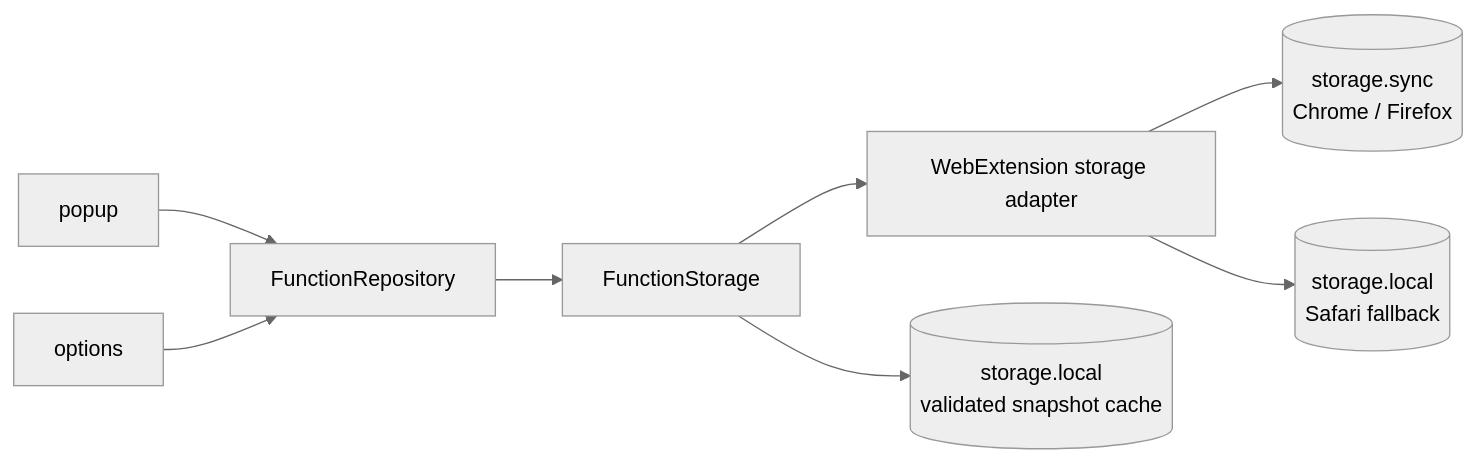
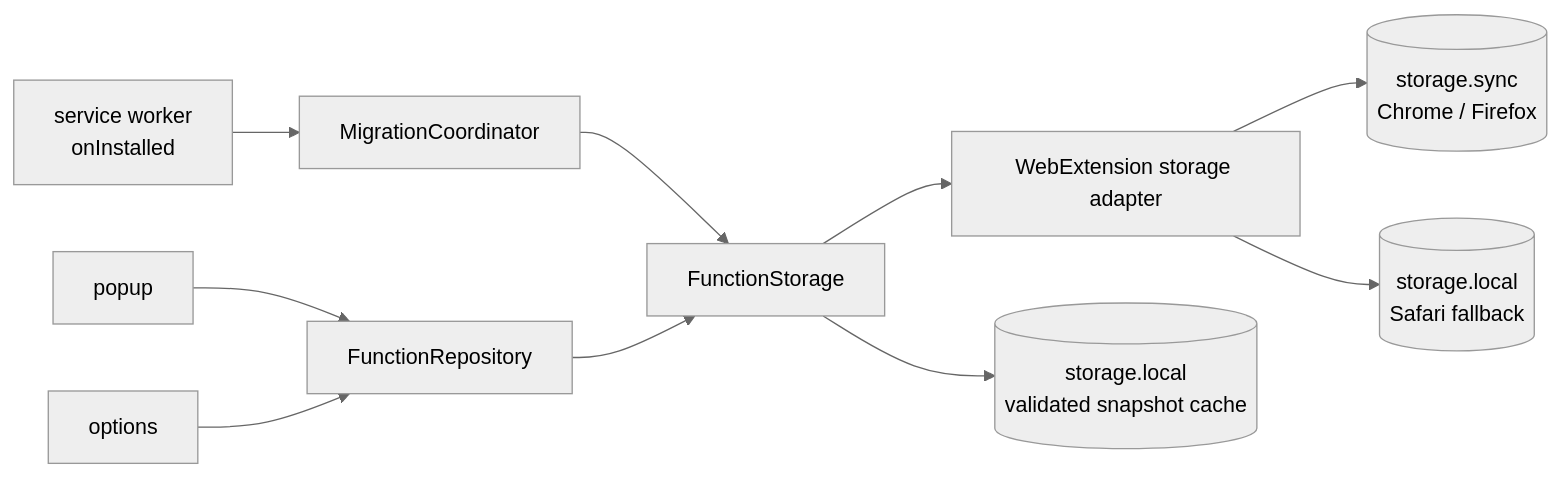
Before and after one commit to pokutuna/chrome-cocopy: the first of 2 diagrams in docs/function-storage.md, drawn with Mermaid (neutral theme). The commit also changed other lines of this file, not shown here.

First line of the commit message:
docs: settle FunctionStore capacity and migration decisions

````diff
--- a/docs/function-storage.md
+++ b/docs/function-storage.md
@@ -89,10 +89,12 @@
 ```mermaid
 flowchart LR
   Popup[popup] --> Repository[FunctionRepository]
   Options[options] --> Repository
-  Repository --> Store[FunctionStorage]
+  SW[service worker<br/>onInstalled] --> Migration[MigrationCoordinator]
+  Migration --> Store[FunctionStorage]
+  Repository --> Store
   Store --> Adapter[WebExtension storage adapter]
   Adapter --> Sync[(storage.sync<br/>Chrome / Firefox)]
   Adapter --> SafariLocal[(storage.local<br/>Safari fallback)]
   Store --> Cache[(storage.local<br/>validated snapshot cache)]
 ```
````
